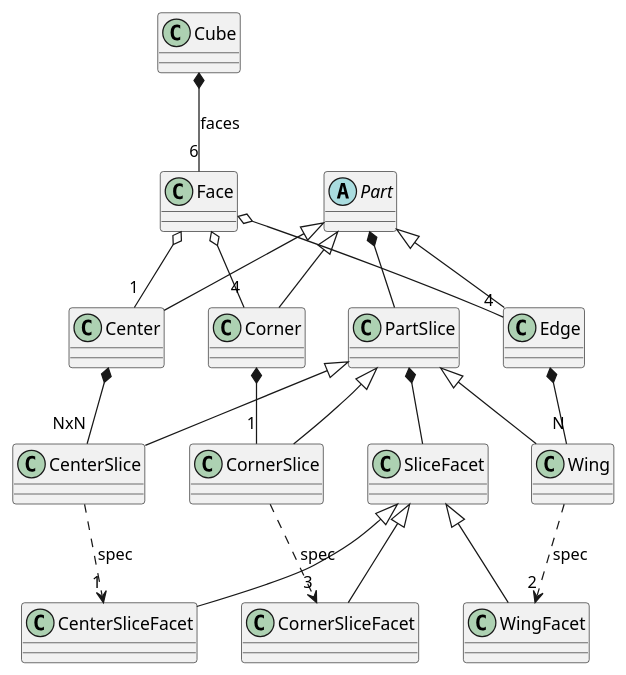
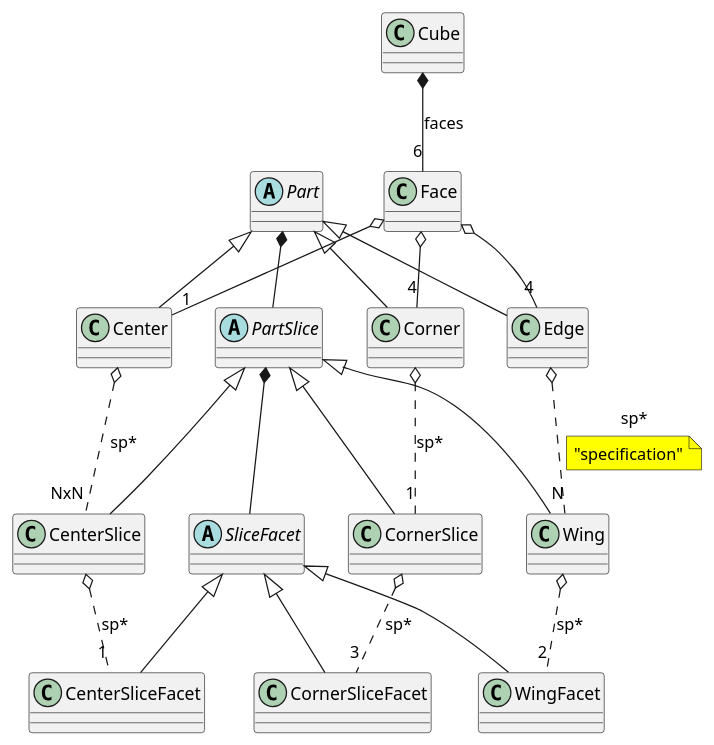
Before and after one commit to boaznahum/cubesolve: the diagram in cube/model/cube_model.puml, drawn with PlantUML. The commit also changed 1 other file, not shown here.

```diff
--- a/cube/model/cube_model.puml
+++ b/cube/model/cube_model.puml
@@ -1,64 +1,44 @@
 @startuml
 'https://plantuml.com/class-diagram
 
 class Cube
 
 class Face
 
 abstract class Part
+abstract class PartSlice
+abstract class SliceFacet
 
+Part <|-- Edge
+Part <|-- Corner
 Part <|-- Center
-Part <|-- Corner
-Part <|-- Edge
 
 Part *-- PartSlice
 
 PartSlice <|-- Wing
 PartSlice <|-- CornerSlice
 PartSlice <|-- CenterSlice
 
 
 Cube   *--  "6" Face: "faces"
 
 Face  o-- "1" Center
 Face  o-- "4" Edge
 Face  o-- "4" Corner
 
-Edge *-- "N" Wing
-Corner *-- "1" CornerSlice
-Center *-- "NxN" CenterSlice
+Edge o.. "N" Wing: "sp*"
+note on link #yellow: "specification"
+Corner o.. "1" CornerSlice: "sp*"
+Center o.. "NxN" CenterSlice: "sp*"
 
 PartSlice *-- SliceFacet
 
 SliceFacet <|-- WingFacet
 SliceFacet <|-- CornerSliceFacet
 SliceFacet <|-- CenterSliceFacet
 
-Wing ..> "2" WingFacet: "spec"
-CornerSlice ..> "3" CornerSliceFacet: "spec"
-CenterSlice ..> "1" CenterSliceFacet: "spec"
-
-'abstract class AbstractList
-'abstract AbstractCollection
-'interface List
-'interface Collection
-
-'List <|-- AbstractList
-'Collection <|-- AbstractCollection
-'
-'Collection <|- List
-'AbstractCollection <|- AbstractList
-'AbstractList <|-- ArrayList
-'
-'class ArrayList {
-'Object[] elementData
-'size()
-'}
-'
-'enum TimeUnit {
-'DAYS
-'HOURS
-'MINUTES
-'}
+Wing o.. "2" WingFacet: "sp*"
+CornerSlice o.. "3" CornerSliceFacet: "sp*"
+CenterSlice o.. "1" CenterSliceFacet: "sp*"
 
 @enduml
```
